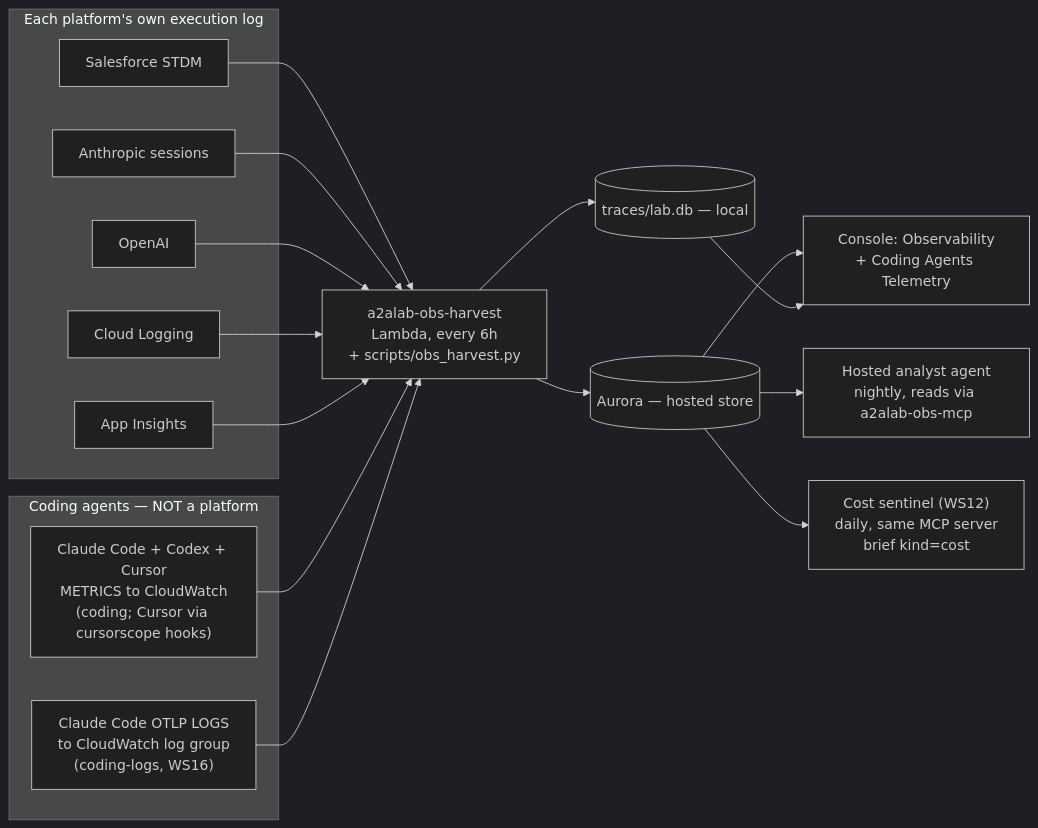
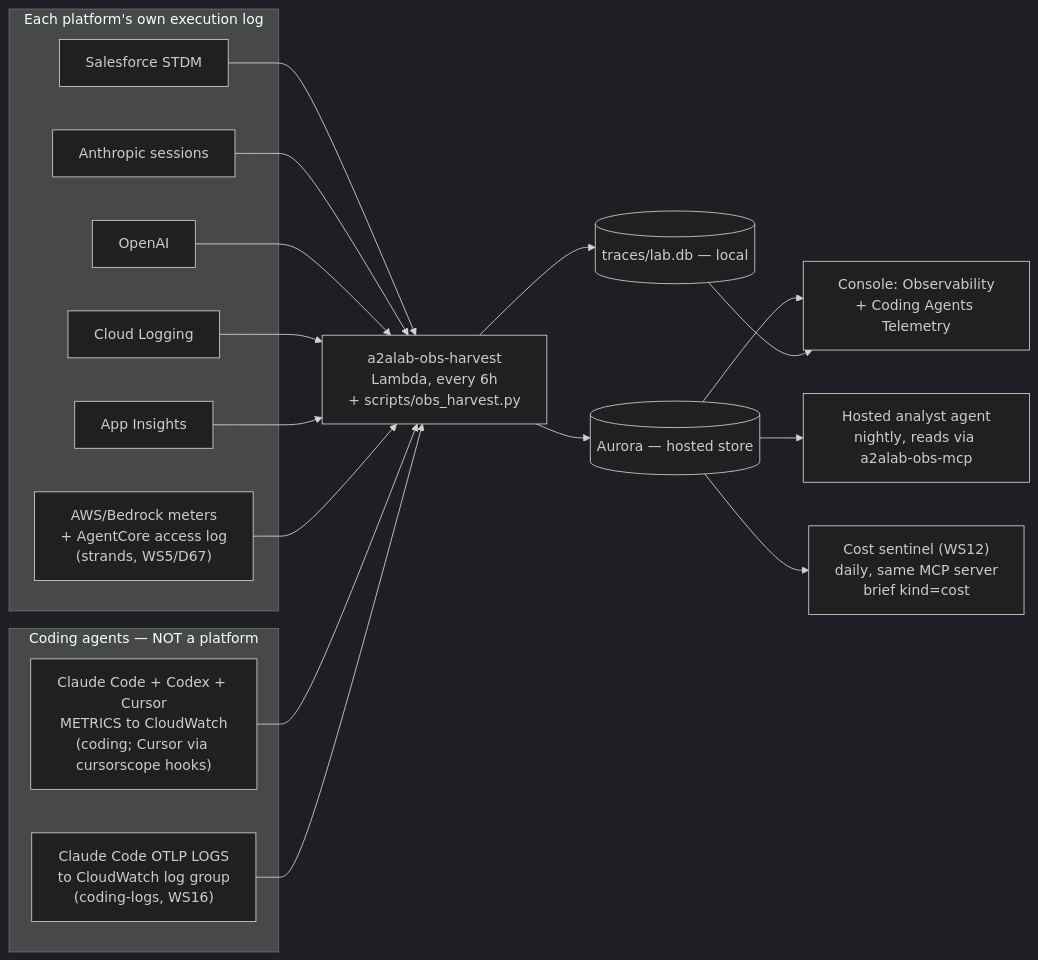
One commit to congmingwudi/a2a-lab changed the seventh of 10 diagrams in plan/09-deployment-map.md. Above: the diagram before and after it, drawn with Mermaid (dark theme). The commit also changed other lines of this file and 27 other files, not shown here.

First line of the commit message:
Observe Strands through AWS meters; fix Kiro delta telemetry (D67)

````diff
--- a/plan/09-deployment-map.md
+++ b/plan/09-deployment-map.md
@@ -541,28 +541,30 @@
 ```mermaid
 flowchart LR
   subgraph SRC["Each platform's own execution log"]
     S1["Salesforce STDM"]
     S2["Anthropic sessions"]
     S3["OpenAI"]
     S4["Cloud Logging"]
     S5["App Insights"]
+    S8["AWS/Bedrock meters<br/>+ AgentCore access log<br/>(strands, WS5/D67)"]
   end
   subgraph CODE["Coding agents — NOT a platform"]
     S6["Claude Code + Codex + Cursor<br/>METRICS to CloudWatch<br/>(coding; Cursor via cursorscope hooks)"]
     S7["Claude Code OTLP LOGS<br/>to CloudWatch log group<br/>(coding-logs, WS16)"]
   end
   HARV2["a2alab-obs-harvest<br/>Lambda, every 6h<br/>+ scripts/obs_harvest.py"]
   S1 --> HARV2
   S2 --> HARV2
   S3 --> HARV2
   S4 --> HARV2
   S5 --> HARV2
+  S8 --> HARV2
   S6 --> HARV2
   S7 --> HARV2
   HARV2 --> PG[("Aurora — hosted store")]
   HARV2 --> LITE[("traces/lab.db — local")]
   PG --> CONSOLE["Console: Observability<br/>+ Coding Agents Telemetry"]
   LITE --> CONSOLE
   PG --> ANALYST["Hosted analyst agent<br/>nightly, reads via a2alab-obs-mcp"]
   PG --> SENT["Cost sentinel (WS12)<br/>daily, same MCP server<br/>brief kind=cost"]
 ```
````
